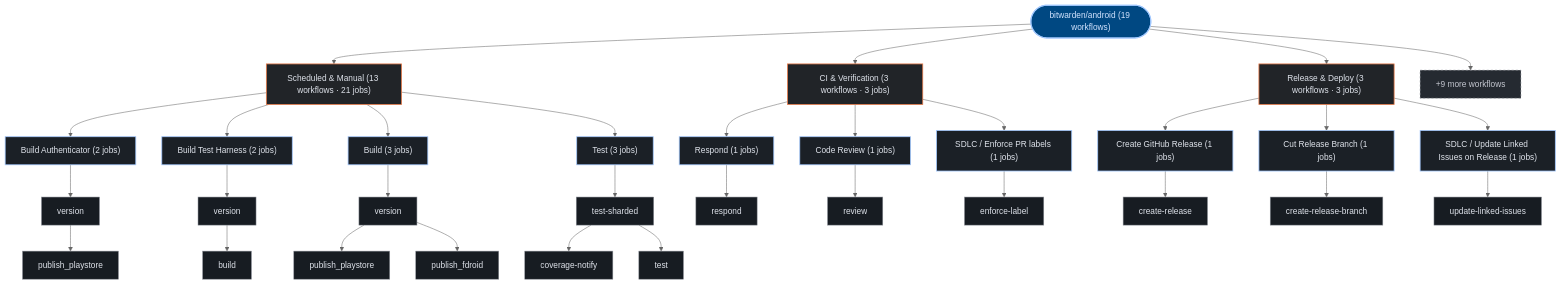
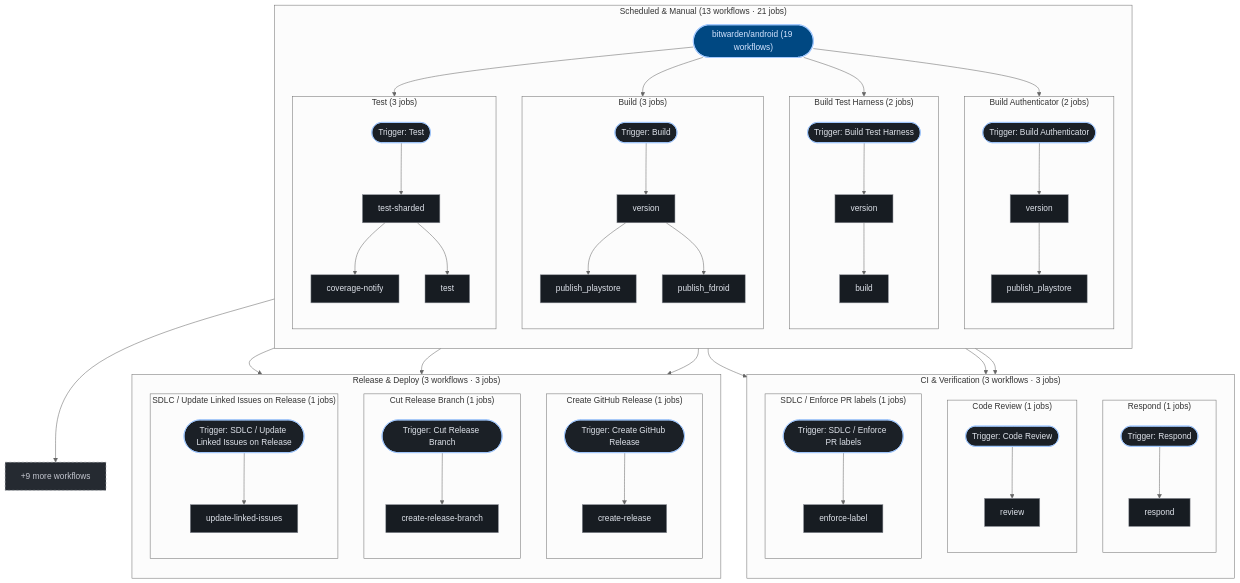
One commit to kumarshaz/atruss-code-atlas changed the third of 3 diagrams in exports/latest/reports/bitwarden-android-report.md. Above: the diagram before and after it, drawn with Mermaid (neutral theme). The commit also changed 181 other files, not shown here.

````diff
--- a/exports/latest/reports/bitwarden-android-report.md
+++ b/exports/latest/reports/bitwarden-android-report.md
@@ -195,64 +195,97 @@
   classDef atlasAlert fill:#93000a,stroke:#ffb4ab,stroke-width:1.5px,color:#ffdad6
   classDef atlasMore fill:#252a31,stroke:#8d9199,stroke-dasharray:4 4,color:#c3c6cf
   pipeline_root(["bitwarden/android (19 workflows)"]):::atlasRoot
-  grp_0_Scheduled___Manual["Scheduled & Manual (13 workflows · 21 jobs)"]:::atlasCategory
-  pipeline_root --> grp_0_Scheduled___Manual
-  wf_1_Build_Authenticator["Build Authenticator (2 jobs)"]:::atlasWorkflow
-  grp_0_Scheduled___Manual --> wf_1_Build_Authenticator
-  job_1_version["version"]:::atlasJob
-  job_1_publish_playstore["publish_playstore"]:::atlasJob
-  wf_1_Build_Authenticator --> job_1_version
-  job_1_version --> job_1_publish_playstore
-  wf_2_Build_Test_Harness["Build Test Harness (2 jobs)"]:::atlasWorkflow
-  grp_0_Scheduled___Manual --> wf_2_Build_Test_Harness
-  job_2_version["version"]:::atlasJob
-  job_2_build["build"]:::atlasJob
-  wf_2_Build_Test_Harness --> job_2_version
-  job_2_version --> job_2_build
-  wf_3_Build["Build (3 jobs)"]:::atlasWorkflow
-  grp_0_Scheduled___Manual --> wf_3_Build
-  job_3_version["version"]:::atlasJob
-  job_3_publish_playstore["publish_playstore"]:::atlasJob
-  job_3_publish_fdroid["publish_fdroid"]:::atlasJob
-  wf_3_Build --> job_3_version
-  job_3_version --> job_3_publish_playstore
-  job_3_version --> job_3_publish_fdroid
-  wf_18_Test["Test (3 jobs)"]:::atlasWorkflow
-  grp_0_Scheduled___Manual --> wf_18_Test
-  job_18_test_sharded["test-sharded"]:::atlasJob
-  job_18_coverage_notify["coverage-notify"]:::atlasJob
-  job_18_test["test"]:::atlasJob
-  wf_18_Test --> job_18_test_sharded
-  job_18_test_sharded --> job_18_coverage_notify
-  job_18_test_sharded --> job_18_test
-  grp_1_CI___Verification["CI & Verification (3 workflows · 3 jobs)"]:::atlasCategory
-  pipeline_root --> grp_1_CI___Verification
-  wf_9_Respond["Respond (1 jobs)"]:::atlasWorkflow
-  grp_1_CI___Verification --> wf_9_Respond
-  job_9_respond["respond"]:::atlasJob
-  wf_9_Respond --> job_9_respond
-  wf_10_Code_Review["Code Review (1 jobs)"]:::atlasWorkflow
-  grp_1_CI___Verification --> wf_10_Code_Review
-  job_10_review["review"]:::atlasJob
-  wf_10_Code_Review --> job_10_review
-  wf_12_SDLC___Enforce_PR_labels["SDLC / Enforce PR labels (1 jobs)"]:::atlasWorkflow
-  grp_1_CI___Verification --> wf_12_SDLC___Enforce_PR_labels
-  job_12_enforce_label["enforce-label"]:::atlasJob
-  wf_12_SDLC___Enforce_PR_labels --> job_12_enforce_label
-  grp_2_Release___Deploy["Release & Deploy (3 workflows · 3 jobs)"]:::atlasCategory
-  pipeline_root --> grp_2_Release___Deploy
-  wf_7_Create_GitHub_Release["Create GitHub Release (1 jobs)"]:::atlasWorkflow
-  grp_2_Release___Deploy --> wf_7_Create_GitHub_Release
-  job_7_create_release["create-release"]:::atlasJob
-  wf_7_Create_GitHub_Release --> job_7_create_release
-  wf_8_Cut_Release_Branch["Cut Release Branch (1 jobs)"]:::atlasWorkflow
-  grp_2_Release___Deploy --> wf_8_Cut_Release_Branch
-  job_8_create_release_branch["create-release-branch"]:::atlasJob
-  wf_8_Cut_Release_Branch --> job_8_create_release_branch
-  wf_13_SDLC___Update_Linked_Issues_on_Release["SDLC / Update Linked Issues on Release (1 jobs)"]:::atlasWorkflow
-  grp_2_Release___Deploy --> wf_13_SDLC___Update_Linked_Issues_on_Release
-  job_13_update_linked_issues["update-linked-issues"]:::atlasJob
-  wf_13_SDLC___Update_Linked_Issues_on_Release --> job_13_update_linked_issues
+  subgraph sg_grp_0_Scheduled___Manual["Scheduled & Manual (13 workflows · 21 jobs)"]
+    direction TB
+    subgraph sg_wf_1_Build_Authenticator["Build Authenticator (2 jobs)"]
+      direction TB
+      wf_1_Build_Authenticator(["Trigger: Build Authenticator"]):::atlasWorkflow
+      job_1_version["version"]:::atlasJob
+      job_1_publish_playstore["publish_playstore"]:::atlasJob
+      wf_1_Build_Authenticator --> job_1_version
+      job_1_version --> job_1_publish_playstore
+    end
+    pipeline_root --> wf_1_Build_Authenticator
+    subgraph sg_wf_2_Build_Test_Harness["Build Test Harness (2 jobs)"]
+      direction TB
+      wf_2_Build_Test_Harness(["Trigger: Build Test Harness"]):::atlasWorkflow
+      job_2_version["version"]:::atlasJob
+      job_2_build["build"]:::atlasJob
+      wf_2_Build_Test_Harness --> job_2_version
+      job_2_version --> job_2_build
+    end
+    pipeline_root --> wf_2_Build_Test_Harness
+    subgraph sg_wf_3_Build["Build (3 jobs)"]
+      direction TB
+      wf_3_Build(["Trigger: Build"]):::atlasWorkflow
+      job_3_version["version"]:::atlasJob
+      job_3_publish_playstore["publish_playstore"]:::atlasJob
+      job_3_publish_fdroid["publish_fdroid"]:::atlasJob
+      wf_3_Build --> job_3_version
+      job_3_version --> job_3_publish_playstore
+      job_3_version --> job_3_publish_fdroid
+    end
+    pipeline_root --> wf_3_Build
+    subgraph sg_wf_18_Test["Test (3 jobs)"]
+      direction TB
+      wf_18_Test(["Trigger: Test"]):::atlasWorkflow
+      job_18_test_sharded["test-sharded"]:::atlasJob
+      job_18_coverage_notify["coverage-notify"]:::atlasJob
+      job_18_test["test"]:::atlasJob
+      wf_18_Test --> job_18_test_sharded
+      job_18_test_sharded --> job_18_coverage_notify
+      job_18_test_sharded --> job_18_test
+    end
+    pipeline_root --> wf_18_Test
+  end
+  subgraph sg_grp_1_CI___Verification["CI & Verification (3 workflows · 3 jobs)"]
+    direction TB
+    subgraph sg_wf_9_Respond["Respond (1 jobs)"]
+      direction TB
+      wf_9_Respond(["Trigger: Respond"]):::atlasWorkflow
+      job_9_respond["respond"]:::atlasJob
+      wf_9_Respond --> job_9_respond
+    end
+    pipeline_root --> wf_9_Respond
+    subgraph sg_wf_10_Code_Review["Code Review (1 jobs)"]
+      direction TB
+      wf_10_Code_Review(["Trigger: Code Review"]):::atlasWorkflow
+      job_10_review["review"]:::atlasJob
+      wf_10_Code_Review --> job_10_review
+    end
+    pipeline_root --> wf_10_Code_Review
+    subgraph sg_wf_12_SDLC___Enforce_PR_labels["SDLC / Enforce PR labels (1 jobs)"]
+      direction TB
+      wf_12_SDLC___Enforce_PR_labels(["Trigger: SDLC / Enforce PR labels"]):::atlasWorkflow
+      job_12_enforce_label["enforce-label"]:::atlasJob
+      wf_12_SDLC___Enforce_PR_labels --> job_12_enforce_label
+    end
+    pipeline_root --> wf_12_SDLC___Enforce_PR_labels
+  end
+  subgraph sg_grp_2_Release___Deploy["Release & Deploy (3 workflows · 3 jobs)"]
+    direction TB
+    subgraph sg_wf_7_Create_GitHub_Release["Create GitHub Release (1 jobs)"]
+      direction TB
+      wf_7_Create_GitHub_Release(["Trigger: Create GitHub Release"]):::atlasWorkflow
+      job_7_create_release["create-release"]:::atlasJob
+      wf_7_Create_GitHub_Release --> job_7_create_release
+    end
+    pipeline_root --> wf_7_Create_GitHub_Release
+    subgraph sg_wf_8_Cut_Release_Branch["Cut Release Branch (1 jobs)"]
+      direction TB
+      wf_8_Cut_Release_Branch(["Trigger: Cut Release Branch"]):::atlasWorkflow
+      job_8_create_release_branch["create-release-branch"]:::atlasJob
+      wf_8_Cut_Release_Branch --> job_8_create_release_branch
+    end
+    pipeline_root --> wf_8_Cut_Release_Branch
+    subgraph sg_wf_13_SDLC___Update_Linked_Issues_on_Release["SDLC / Update Linked Issues on Release (1 jobs)"]
+      direction TB
+      wf_13_SDLC___Update_Linked_Issues_on_Release(["Trigger: SDLC / Update Linked Issues on Release"]):::atlasWorkflow
+      job_13_update_linked_issues["update-linked-issues"]:::atlasJob
+      wf_13_SDLC___Update_Linked_Issues_on_Release --> job_13_update_linked_issues
+    end
+    pipeline_root --> wf_13_SDLC___Update_Linked_Issues_on_Release
+  end
   wf_more["+9 more workflows"]:::atlasMore
   pipeline_root --> wf_more
 ```
````
